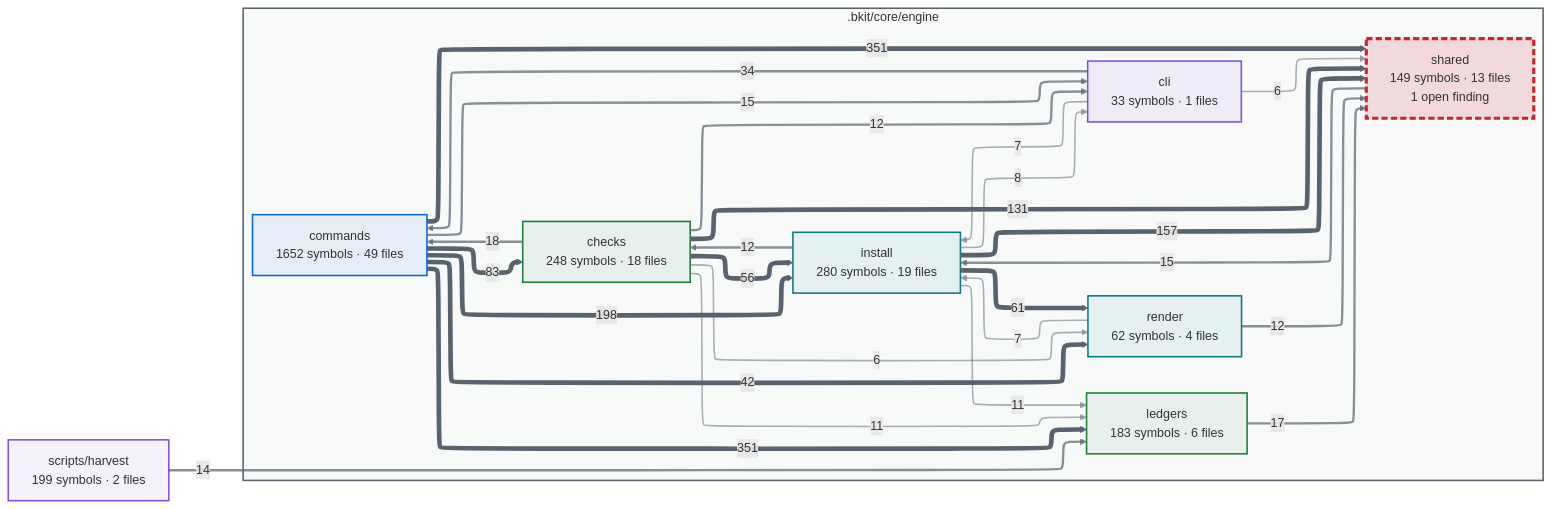
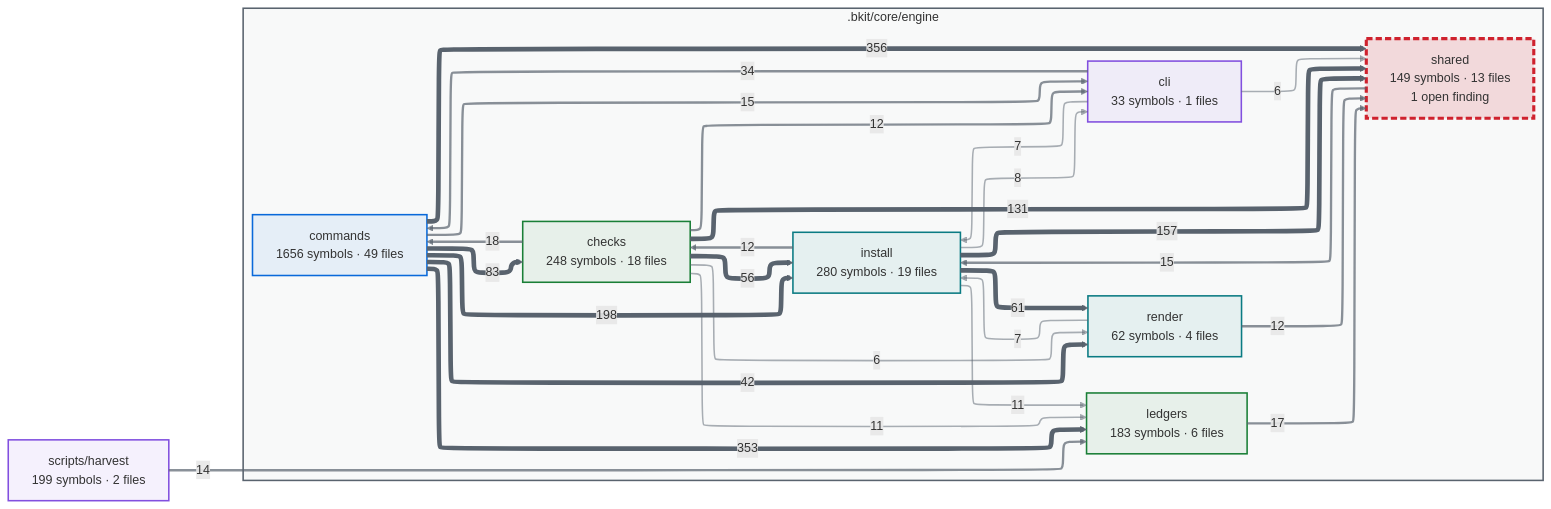
One commit to cbartens/bkit changed the first of 2 diagrams in docs/capabilities.md. Above: the diagram before and after it, drawn with Mermaid. The commit also changed other lines of this file and 3 other files, not shown here.

````diff
--- a/docs/capabilities.md
+++ b/docs/capabilities.md
@@ -153,80 +153,80 @@
 ```mermaid
 ---
 config:
   layout: elk
   themeCSS: "marker { overflow: visible; } marker path { transform: scale(1.8); transform-origin: 5px 5px; }"
   flowchart:
     useMaxWidth: false
 ---
 flowchart LR
-  %% Generated by bkit-graphify-rollup.py from a5e3d68d01b595bc6836c74d77227037c6a1093d — do not edit
+  %% Generated by bkit-graphify-rollup.py from 5e8fb60cbc4a3aa97867f2f30bbef8d44dc3dc96 — do not edit
   subgraph gn_bkit_core_engine[".bkit/core/engine"]
     n_bkit_core_engine_checks["checks<br/>248 symbols · 18 files"]
     n_bkit_core_engine_cli["cli<br/>33 symbols · 1 files"]
-    n_bkit_core_engine_commands["commands<br/>1652 symbols · 49 files"]
+    n_bkit_core_engine_commands["commands<br/>1656 symbols · 49 files"]
     n_bkit_core_engine_install["install<br/>280 symbols · 19 files"]
     n_bkit_core_engine_ledgers["ledgers<br/>183 symbols · 6 files"]
     n_bkit_core_engine_render["render<br/>62 symbols · 4 files"]
     n_bkit_core_engine_shared["shared<br/>149 symbols · 13 files<br/>1 open finding"]
   end
   nscripts_harvest["scripts/harvest<br/>199 symbols · 2 files"]
-  n_bkit_core_engine_commands -->|351| n_bkit_core_engine_ledgers
-  n_bkit_core_engine_commands -->|351| n_bkit_core_engine_shared
+  n_bkit_core_engine_commands -->|356| n_bkit_core_engine_shared
+  n_bkit_core_engine_commands -->|353| n_bkit_core_engine_ledgers
   n_bkit_core_engine_commands -->|198| n_bkit_core_engine_install
   n_bkit_core_engine_install -->|157| n_bkit_core_engine_shared
   n_bkit_core_engine_checks -->|131| n_bkit_core_engine_shared
   n_bkit_core_engine_commands -->|83| n_bkit_core_engine_checks
   n_bkit_core_engine_install -->|61| n_bkit_core_engine_render
   n_bkit_core_engine_checks -->|56| n_bkit_core_engine_install
   n_bkit_core_engine_commands -->|42| n_bkit_core_engine_render
   n_bkit_core_engine_cli -->|34| n_bkit_core_engine_commands
   n_bkit_core_engine_checks -->|18| n_bkit_core_engine_commands
   n_bkit_core_engine_ledgers -->|17| n_bkit_core_engine_shared
   n_bkit_core_engine_shared -->|15| n_bkit_core_engine_install
   n_bkit_core_engine_commands -->|15| n_bkit_core_engine_cli
   nscripts_harvest -->|14| n_bkit_core_engine_ledgers
   n_bkit_core_engine_install -->|12| n_bkit_core_engine_checks
   n_bkit_core_engine_checks -->|12| n_bkit_core_engine_cli
   n_bkit_core_engine_render -->|12| n_bkit_core_engine_shared
   n_bkit_core_engine_checks -->|11| n_bkit_core_engine_ledgers
   n_bkit_core_engine_install -->|11| n_bkit_core_engine_ledgers
   n_bkit_core_engine_install -->|8| n_bkit_core_engine_cli
   n_bkit_core_engine_cli -->|7| n_bkit_core_engine_install
   n_bkit_core_engine_render -->|7| n_bkit_core_engine_install
   n_bkit_core_engine_checks -->|6| n_bkit_core_engine_render
   n_bkit_core_engine_cli -->|6| n_bkit_core_engine_shared
   style gn_bkit_core_engine fill:#59636e0a,stroke:#59636e,stroke-width:2px
   style n_bkit_core_engine_checks stroke:#1a7f37,stroke-width:2px,fill:#1a7f3714
   style n_bkit_core_engine_cli stroke:#8250df,stroke-width:2px,fill:#8250df14
   style n_bkit_core_engine_commands stroke:#0969da,stroke-width:2px,fill:#0969da14
   style n_bkit_core_engine_install stroke:#0a7b83,stroke-width:2px,fill:#0a7b8314
   style n_bkit_core_engine_ledgers stroke:#1a7f37,stroke-width:2px,fill:#1a7f3714
   style n_bkit_core_engine_render stroke:#0a7b83,stroke-width:2px,fill:#0a7b8314
   style n_bkit_core_engine_shared stroke:#cf222e,stroke-width:4px,stroke-dasharray:8 4,fill:#cf222e26
   style nscripts_harvest stroke:#8250df,stroke-width:2px,fill:#8250df14
   linkStyle 0 stroke:#59636e,stroke-width:6px
   linkStyle 1 stroke:#59636e,stroke-width:6px
   linkStyle 2 stroke:#59636e,stroke-width:6px
   linkStyle 3 stroke:#59636e,stroke-width:6px
   linkStyle 4 stroke:#59636e,stroke-width:6px
   linkStyle 5 stroke:#59636e,stroke-width:6px
   linkStyle 6 stroke:#59636e,stroke-width:6px
   linkStyle 7 stroke:#59636e,stroke-width:6px
   linkStyle 8 stroke:#59636e,stroke-width:6px
   linkStyle 9 stroke:#59636eb3,stroke-width:3px
   linkStyle 10 stroke:#59636eb3,stroke-width:3px
   linkStyle 11 stroke:#59636eb3,stroke-width:3px
   linkStyle 12 stroke:#59636eb3,stroke-width:3px
   linkStyle 13 stroke:#59636eb3,stroke-width:3px
   linkStyle 14 stroke:#59636eb3,stroke-width:3px
   linkStyle 15 stroke:#59636eb3,stroke-width:3px
   linkStyle 16 stroke:#59636eb3,stroke-width:3px
   linkStyle 17 stroke:#59636eb3,stroke-width:3px
   linkStyle 18 stroke:#59636e80,stroke-width:2px
   linkStyle 19 stroke:#59636e80,stroke-width:2px
   linkStyle 20 stroke:#59636e80,stroke-width:2px
   linkStyle 21 stroke:#59636e80,stroke-width:2px
   linkStyle 22 stroke:#59636e80,stroke-width:2px
   linkStyle 23 stroke:#59636e80,stroke-width:2px
   linkStyle 24 stroke:#59636e80,stroke-width:2px
 ```
````
